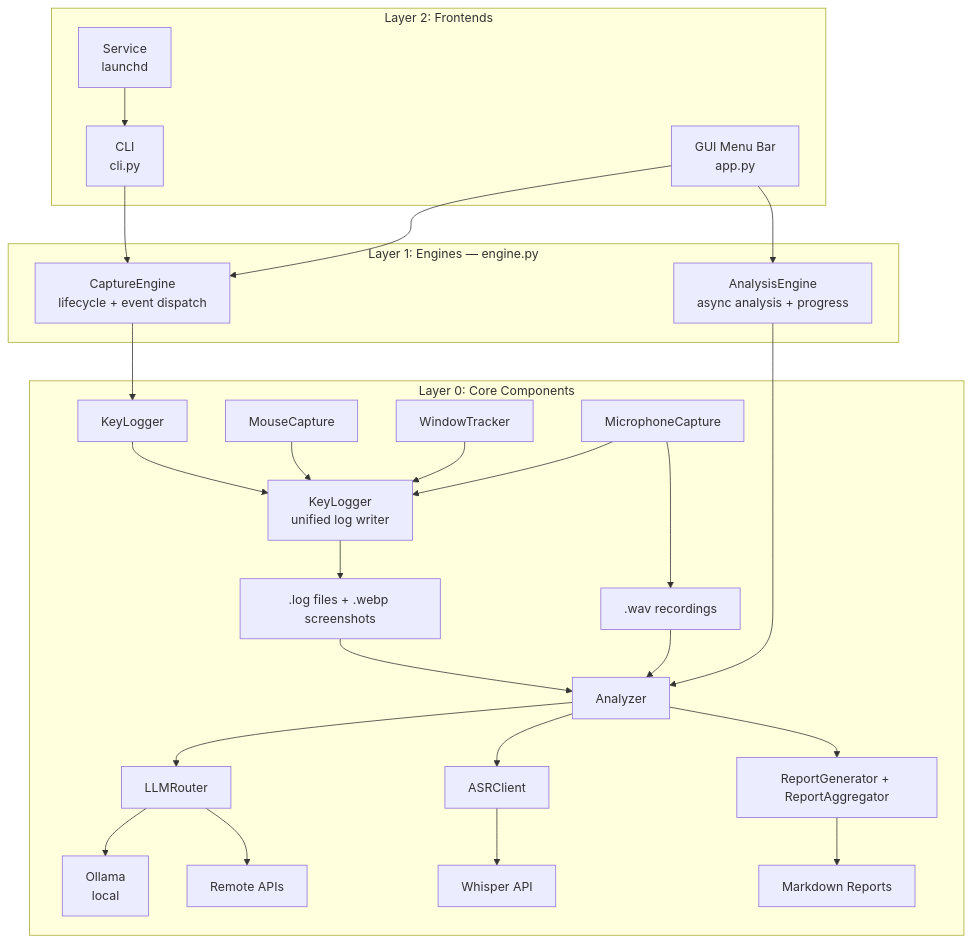
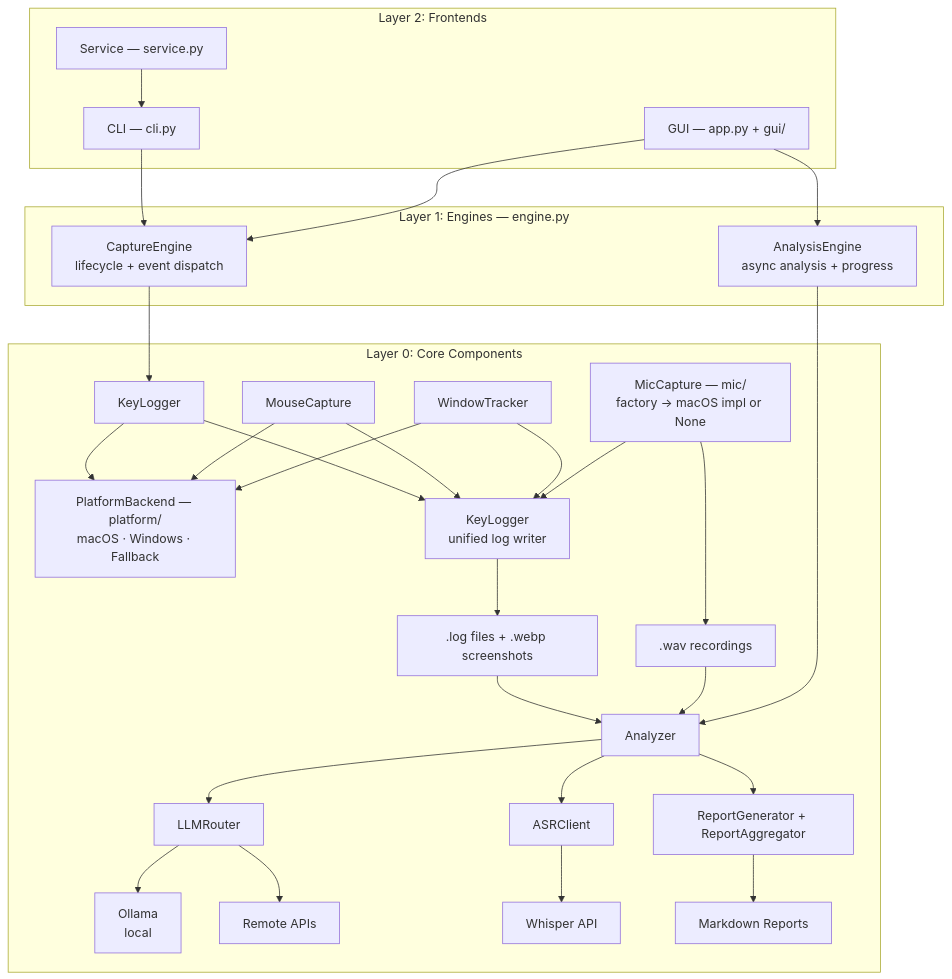
The diagram in CLAUDE.md (daibor/opencapture), drawn with Mermaid before and after one commit. The commit also changed other lines of this file and 4 other files, not shown here.

First line of the commit message:
feat: enhance documentation and platform support for OpenCapture

````diff
--- a/CLAUDE.md
+++ b/CLAUDE.md
@@ -56,39 +56,40 @@
 ```mermaid
 graph TD
     subgraph "Layer 2: Frontends"
-        CLI["CLI<br/>cli.py"]
-        GUI["GUI Menu Bar<br/>app.py"]
-        SVC["Service<br/>launchd"]
+        CLI["CLI — cli.py"]
+        GUI["GUI — app.py + gui/"]
+        SVC["Service — service.py"]
     end
 
     subgraph "Layer 1: Engines — engine.py"
         CE["CaptureEngine<br/>lifecycle + event dispatch"]
         AE["AnalysisEngine<br/>async analysis + progress"]
     end
 
     subgraph "Layer 0: Core Components"
+        PLT["PlatformBackend — platform/<br/>macOS · Windows · Fallback"]
         KL["KeyLogger"]
         MC["MouseCapture"]
         WT["WindowTracker"]
-        MIC["MicrophoneCapture"]
+        MIC["MicCapture — mic/<br/>factory → macOS impl or None"]
+        KL & MC & WT --> PLT
         KL & MC & WT & MIC --> LOG["KeyLogger<br/>unified log writer"]
         MIC --> WAV[".wav recordings"]
         LOG --> FILES[".log files + .webp screenshots"]
         FILES --> ANA["Analyzer"]
         WAV --> ANA
         ANA --> LLM["LLMRouter"]
         ANA --> ASR["ASRClient"]
         LLM --> Ollama["Ollama<br/>local"]
         LLM --> Remote["Remote APIs"]
         ASR --> Whisper["Whisper API"]
         ANA --> RPT["ReportGenerator + ReportAggregator"]
         RPT --> MD["Markdown Reports"]
     end
 
     CLI --> CE
-    GUI --> CE
-    GUI --> AE
+    GUI --> CE & AE
     SVC --> CLI
     CE --> KL
     AE --> ANA
 ```
````
